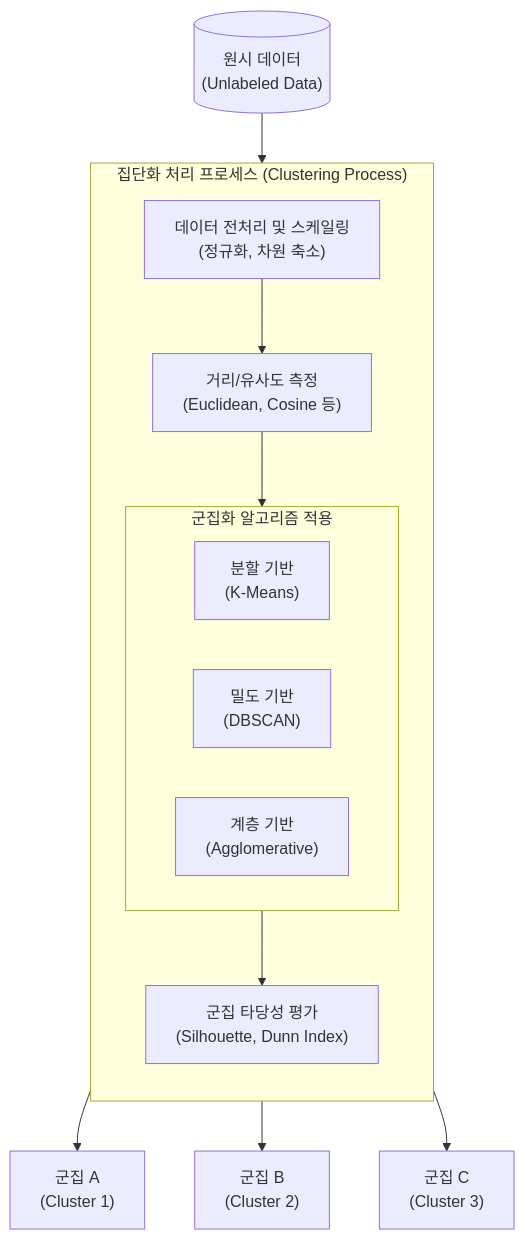
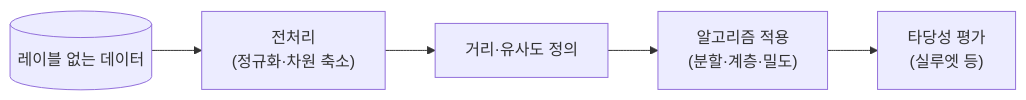
Before and after one commit to supremethumb/supremethumb.github.io: the diagram in content/01_IT Tech/집단화.md, drawn with Mermaid. The commit also changed other lines of this file and 1087 other files, not shown here.

````diff
--- a/content/01_IT Tech/집단화.md
+++ b/content/01_IT Tech/집단화.md
@@ -27,33 +35,7 @@
 ```mermaid
-flowchart TD
-    RawData[("원시 데이터<br/>(Unlabeled Data)")]
-    
-    subgraph "집단화 처리 프로세스 (Clustering Process)"
-        direction TB
-        Preprocess["데이터 전처리 및 스케일링<br/>(정규화, 차원 축소)"]
-        Distance["거리/유사도 측정<br/>(Euclidean, Cosine 등)"]
-        
-        subgraph Algo ["군집화 알고리즘 적용"]
-            direction LR
-            KMeans["분할 기반<br/>(K-Means)"]
-            DBSCAN["밀도 기반<br/>(DBSCAN)"]
-            Hierarchical["계층 기반<br/>(Agglomerative)"]
-        end
-        
-        Eval["군집 타당성 평가<br/>(Silhouette, Dunn Index)"]
-        
-        Preprocess --> Distance
-        Distance --> Algo
-        Algo --> Eval
-    end
-    
-    C1["군집 A<br/>(Cluster 1)"]
-    C2["군집 B<br/>(Cluster 2)"]
-    C3["군집 C<br/>(Cluster 3)"]
-
-    RawData --> Preprocess
-    Eval --> C1
-    Eval --> C2
-    Eval --> C3
-
+flowchart LR
+    R[("레이블 없는 데이터")] --> P["전처리<br/>(정규화·차원 축소)"]
+    P --> D["거리·유사도 정의"]
+    D --> A["알고리즘 적용<br/>(분할·계층·밀도)"]
+    A --> E["타당성 평가<br/>(실루엣 등)"]
 ```
````
